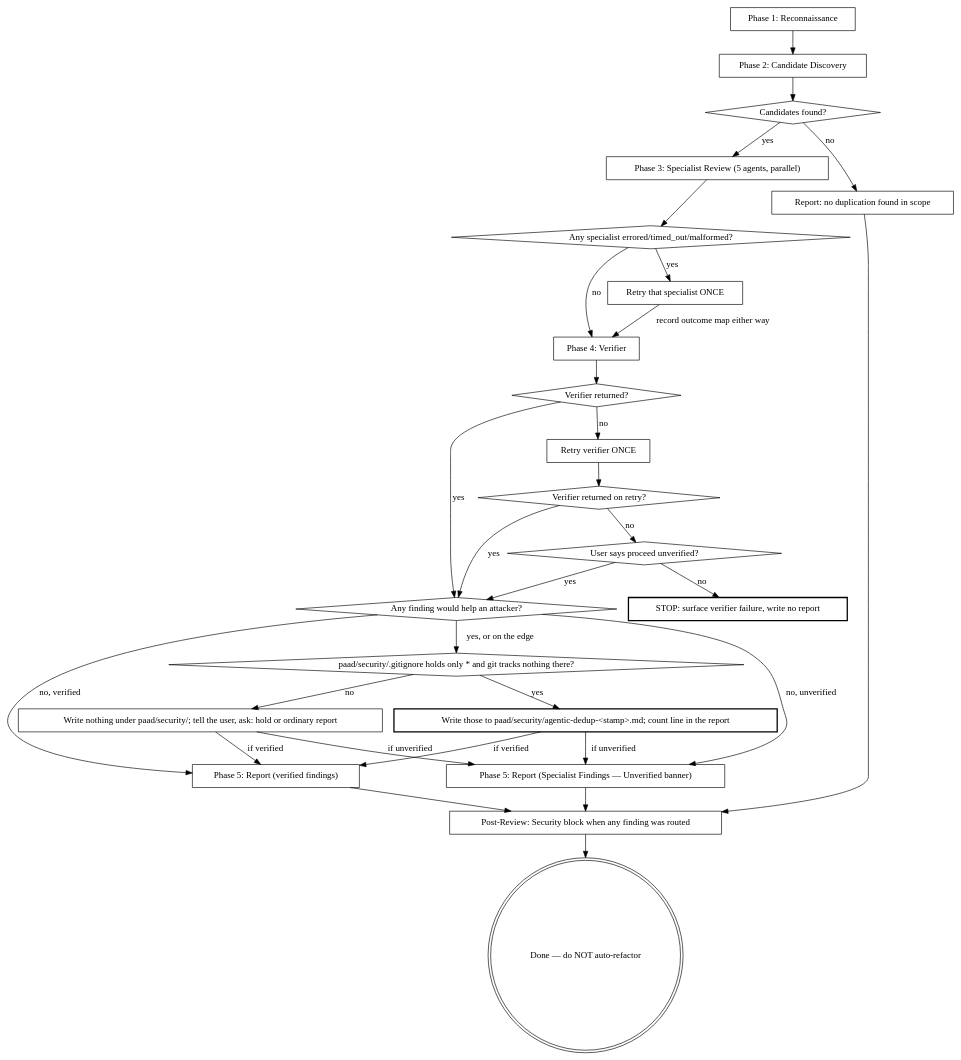
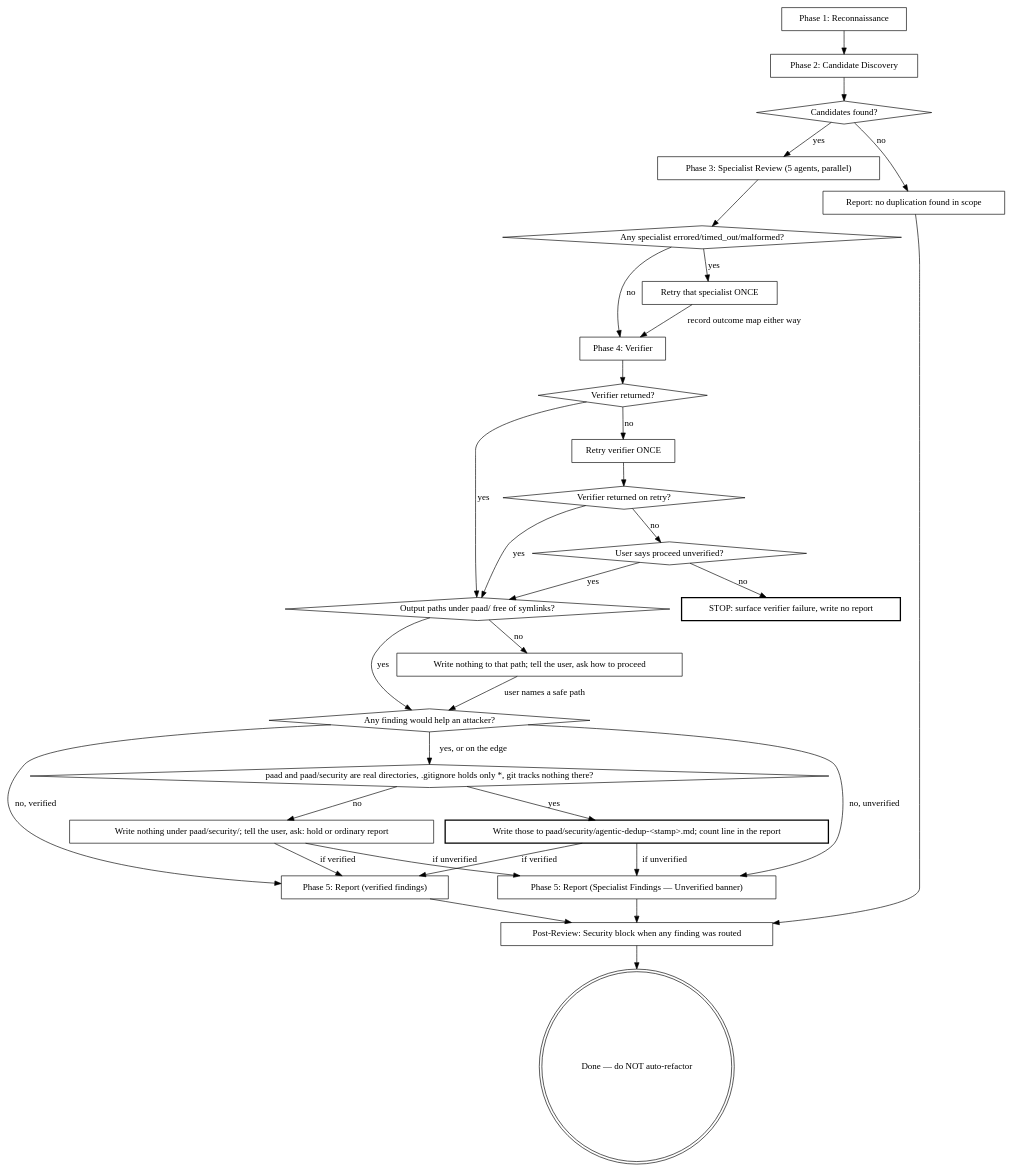
One commit to Ovid/paad changed the second of 2 diagrams in preview/paad/skills/agentic-dedup/SKILL.md. Above: the diagram before and after it, drawn with Graphviz. The commit also changed other lines of this file and 12 other files, not shown here.

````diff
--- a/preview/paad/skills/agentic-dedup/SKILL.md
+++ b/preview/paad/skills/agentic-dedup/SKILL.md
@@ -49,55 +51,60 @@
 ```dot
 digraph session {
   "Phase 1: Reconnaissance" [shape=box];
   "Phase 2: Candidate Discovery" [shape=box];
   "Candidates found?" [shape=diamond];
   "Phase 3: Specialist Review (5 agents, parallel)" [shape=box];
   "Any specialist errored/timed_out/malformed?" [shape=diamond];
   "Retry that specialist ONCE" [shape=box];
   "Phase 4: Verifier" [shape=box];
   "Verifier returned?" [shape=diamond];
   "Retry verifier ONCE" [shape=box];
   "Verifier returned on retry?" [shape=diamond];
   "User says proceed unverified?" [shape=diamond];
   "STOP: surface verifier failure, write no report" [shape=box, style=bold];
   "Phase 5: Report (verified findings)" [shape=box];
   "Phase 5: Report (Specialist Findings — Unverified banner)" [shape=box];
   "Report: no duplication found in scope" [shape=box];
+  "Output paths under paad/ free of symlinks?" [shape=diamond];
+  "Write nothing to that path; tell the user, ask how to proceed" [shape=box];
   "Any finding would help an attacker?" [shape=diamond];
   "Write those to paad/security/agentic-dedup-<stamp>.md; count line in the report" [shape=box, style=bold];
-  "paad/security/.gitignore holds only * and git tracks nothing there?" [shape=diamond];
+  "paad and paad/security are real directories, .gitignore holds only *, git tracks nothing there?" [shape=diamond];
   "Write nothing under paad/security/; tell the user, ask: hold or ordinary report" [shape=box];
   "Post-Review: Security block when any finding was routed" [shape=box];
   "Done — do NOT auto-refactor" [shape=doublecircle];
 
   "Phase 1: Reconnaissance" -> "Phase 2: Candidate Discovery";
   "Phase 2: Candidate Discovery" -> "Candidates found?";
   "Candidates found?" -> "Report: no duplication found in scope" [label="no"];
   "Candidates found?" -> "Phase 3: Specialist Review (5 agents, parallel)" [label="yes"];
   "Phase 3: Specialist Review (5 agents, parallel)" -> "Any specialist errored/timed_out/malformed?";
   "Any specialist errored/timed_out/malformed?" -> "Retry that specialist ONCE" [label="yes"];
   "Retry that specialist ONCE" -> "Phase 4: Verifier" [label="record outcome map either way"];
   "Any specialist errored/timed_out/malformed?" -> "Phase 4: Verifier" [label="no"];
   "Phase 4: Verifier" -> "Verifier returned?";
-  "Verifier returned?" -> "Any finding would help an attacker?" [label="yes"];
+  "Verifier returned?" -> "Output paths under paad/ free of symlinks?" [label="yes"];
   "Verifier returned?" -> "Retry verifier ONCE" [label="no"];
   "Retry verifier ONCE" -> "Verifier returned on retry?";
-  "Verifier returned on retry?" -> "Any finding would help an attacker?" [label="yes"];
+  "Verifier returned on retry?" -> "Output paths under paad/ free of symlinks?" [label="yes"];
   "Verifier returned on retry?" -> "User says proceed unverified?" [label="no"];
-  "User says proceed unverified?" -> "Any finding would help an attacker?" [label="yes"];
+  "User says proceed unverified?" -> "Output paths under paad/ free of symlinks?" [label="yes"];
   "User says proceed unverified?" -> "STOP: surface verifier failure, write no report" [label="no"];
-  "Any finding would help an attacker?" -> "paad/security/.gitignore holds only * and git tracks nothing there?" [label="yes, or on the edge"];
+  "Any finding would help an attacker?" -> "paad and paad/security are real directories, .gitignore holds only *, git tracks nothing there?" [label="yes, or on the edge"];
   "Any finding would help an attacker?" -> "Phase 5: Report (verified findings)" [label="no, verified"];
   "Any finding would help an attacker?" -> "Phase 5: Report (Specialist Findings — Unverified banner)" [label="no, unverified"];
   "Write those to paad/security/agentic-dedup-<stamp>.md; count line in the report" -> "Phase 5: Report (verified findings)" [label="if verified"];
   "Write those to paad/security/agentic-dedup-<stamp>.md; count line in the report" -> "Phase 5: Report (Specialist Findings — Unverified banner)" [label="if unverified"];
-  "paad/security/.gitignore holds only * and git tracks nothing there?" -> "Write those to paad/security/agentic-dedup-<stamp>.md; count line in the report" [label="yes"];
-  "paad/security/.gitignore holds only * and git tracks nothing there?" -> "Write nothing under paad/security/; tell the user, ask: hold or ordinary report" [label="no"];
+  "paad and paad/security are real directories, .gitignore holds only *, git tracks nothing there?" -> "Write those to paad/security/agentic-dedup-<stamp>.md; count line in the report" [label="yes"];
+  "paad and paad/security are real directories, .gitignore holds only *, git tracks nothing there?" -> "Write nothing under paad/security/; tell the user, ask: hold or ordinary report" [label="no"];
   "Write nothing under paad/security/; tell the user, ask: hold or ordinary report" -> "Phase 5: Report (verified findings)" [label="if verified"];
   "Write nothing under paad/security/; tell the user, ask: hold or ordinary report" -> "Phase 5: Report (Specialist Findings — Unverified banner)" [label="if unverified"];
   "Report: no duplication found in scope" -> "Post-Review: Security block when any finding was routed";
   "Phase 5: Report (verified findings)" -> "Post-Review: Security block when any finding was routed";
   "Phase 5: Report (Specialist Findings — Unverified banner)" -> "Post-Review: Security block when any finding was routed";
   "Post-Review: Security block when any finding was routed" -> "Done — do NOT auto-refactor";
+  "Output paths under paad/ free of symlinks?" -> "Any finding would help an attacker?" [label="yes"];
+  "Output paths under paad/ free of symlinks?" -> "Write nothing to that path; tell the user, ask how to proceed" [label="no"];
+  "Write nothing to that path; tell the user, ask how to proceed" -> "Any finding would help an attacker?" [label="user names a safe path"];
 }
 ```
````
